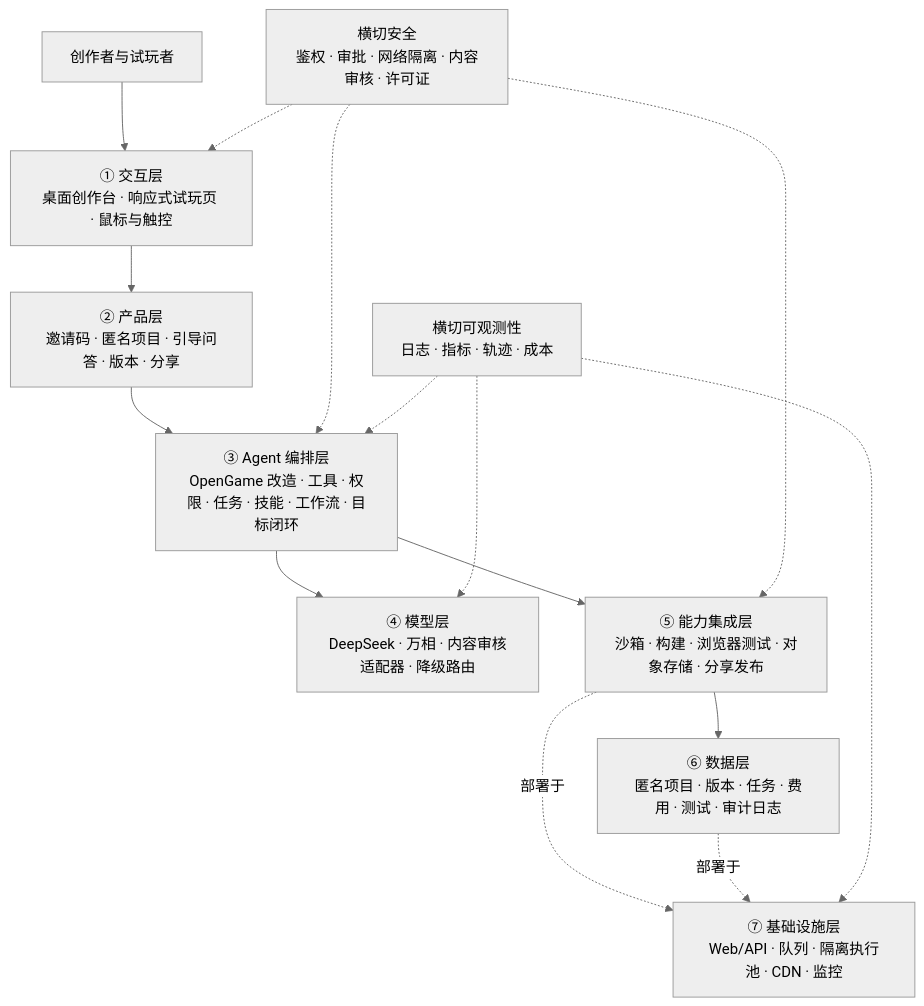
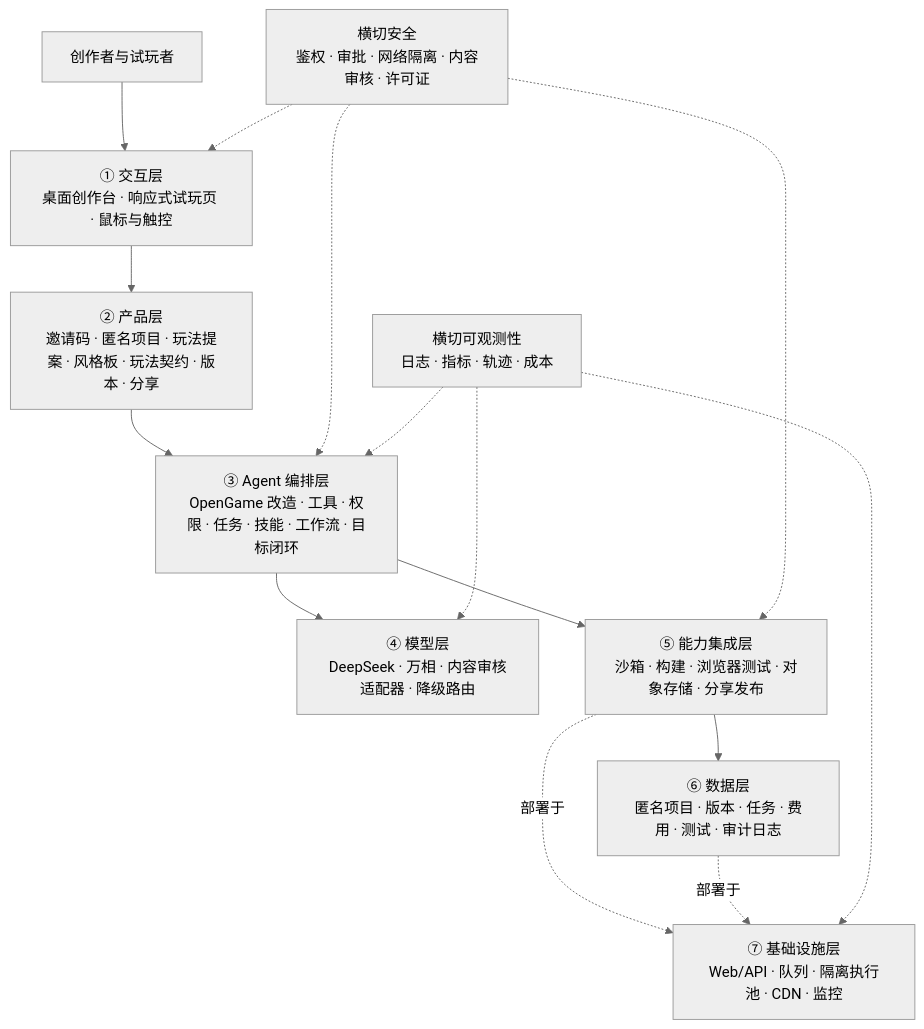
Before and after one commit to khu016/IfPlay: the diagram in PRD-IfPlay-MVP-v1.0.md, drawn with Mermaid (neutral theme). The commit also changed other lines of this file and 1 other file, not shown here.

````diff
--- a/PRD-IfPlay-MVP-v1.0.md
+++ b/PRD-IfPlay-MVP-v1.0.md
@@ -371,21 +443,21 @@
 ```mermaid
 flowchart TD
     U[创作者与试玩者] --> L1
     L1[① 交互层<br/>桌面创作台 · 响应式试玩页 · 鼠标与触控] --> L2
-    L2[② 产品层<br/>邀请码 · 匿名项目 · 引导问答 · 版本 · 分享] --> L3
+    L2[② 产品层<br/>邀请码 · 匿名项目 · 玩法提案 · 风格板 · 玩法契约 · 版本 · 分享] --> L3
     L3[③ Agent 编排层<br/>OpenGame 改造 · 工具 · 权限 · 任务 · 技能 · 工作流 · 目标闭环] --> L4
     L4[④ 模型层<br/>DeepSeek · 万相 · 内容审核适配器 · 降级路由]
     L3 --> L5
     L5[⑤ 能力集成层<br/>沙箱 · 构建 · 浏览器测试 · 对象存储 · 分享发布] --> L6
     L6[⑥ 数据层<br/>匿名项目 · 版本 · 任务 · 费用 · 测试 · 审计日志]
     L5 -.->|部署于| L7
     L6 -.->|部署于| L7
     L7[⑦ 基础设施层<br/>Web/API · 队列 · 隔离执行池 · CDN · 监控]
 
     SEC[横切安全<br/>鉴权 · 审批 · 网络隔离 · 内容审核 · 许可证] -.-> L1
     SEC -.-> L3
     SEC -.-> L5
     OBS[横切可观测性<br/>日志 · 指标 · 轨迹 · 成本] -.-> L3
     OBS -.-> L4
     OBS -.-> L7
 ```
````
